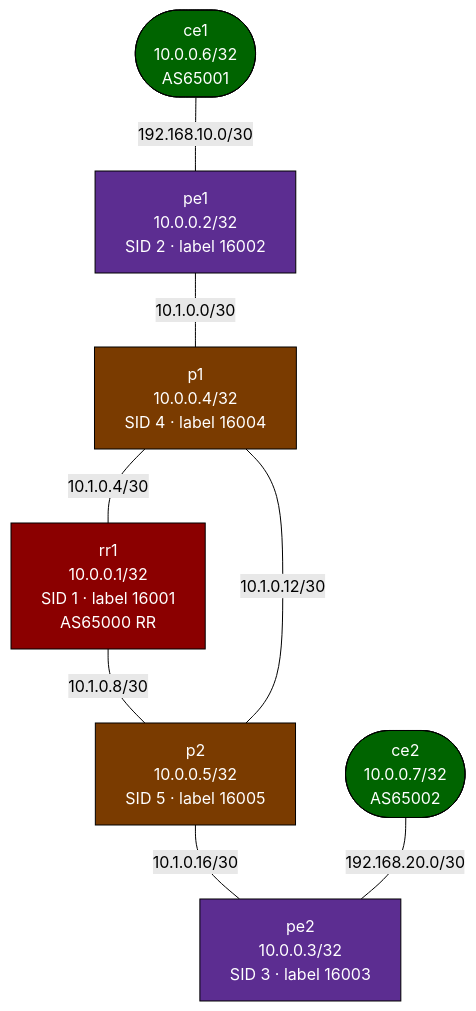
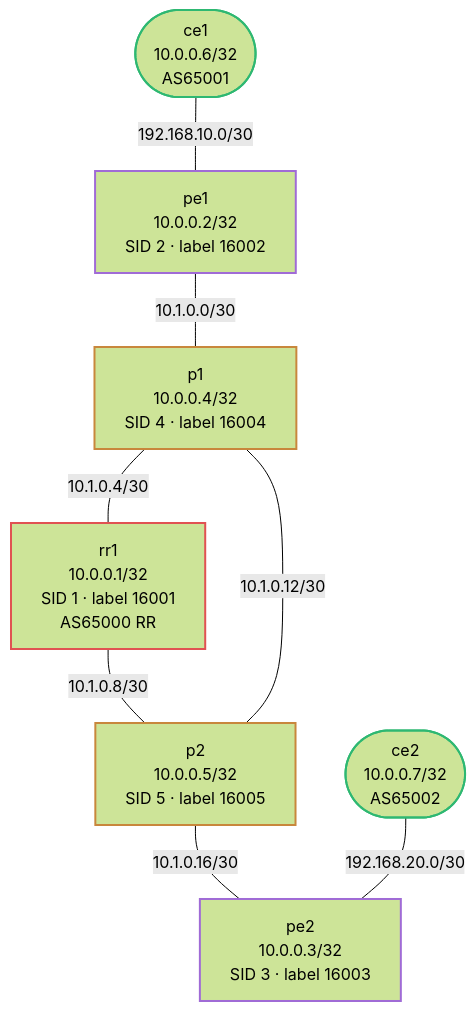
Before and after one commit to jschless/networkingLabs: the diagram in labs/debug-mpls-sr-isis-bgp/README.md, drawn with Mermaid (forest theme). The commit also changed 250 other files, not shown here.

Commit message:
Fix unreadable topology diagrams, convert ASCII art, publish assessments (#57)

````diff
--- a/labs/debug-mpls-sr-isis-bgp/README.md
+++ b/labs/debug-mpls-sr-isis-bgp/README.md
@@ -16,28 +16,28 @@
 ```mermaid
 flowchart TB
-    rr1["rr1\n10.0.0.1/32\nSID 1 · label 16001\nAS65000 RR"]
-    p1["p1\n10.0.0.4/32\nSID 4 · label 16004"]
-    p2["p2\n10.0.0.5/32\nSID 5 · label 16005"]
-    pe1["pe1\n10.0.0.2/32\nSID 2 · label 16002"]
-    pe2["pe2\n10.0.0.3/32\nSID 3 · label 16003"]
-    ce1(["ce1\n10.0.0.6/32\nAS65001"])
-    ce2(["ce2\n10.0.0.7/32\nAS65002"])
+    rr1["rr1<br/>10.0.0.1/32<br/>SID 1 · label 16001<br/>AS65000 RR"]
+    p1["p1<br/>10.0.0.4/32<br/>SID 4 · label 16004"]
+    p2["p2<br/>10.0.0.5/32<br/>SID 5 · label 16005"]
+    pe1["pe1<br/>10.0.0.2/32<br/>SID 2 · label 16002"]
+    pe2["pe2<br/>10.0.0.3/32<br/>SID 3 · label 16003"]
+    ce1(["ce1<br/>10.0.0.6/32<br/>AS65001"])
+    ce2(["ce2<br/>10.0.0.7/32<br/>AS65002"])
 
     p1 --- |"10.1.0.4/30"| rr1
     rr1 --- |"10.1.0.8/30"| p2
     p1 --- |"10.1.0.12/30"| p2
     pe1 --- |"10.1.0.0/30"| p1
     p2 --- |"10.1.0.16/30"| pe2
     ce1 --- |"192.168.10.0/30"| pe1
     ce2 --- |"192.168.20.0/30"| pe2
 
-    classDef pe     fill:#5c2d91,color:#fff,stroke:#000
-    classDef p      fill:#7a3b00,color:#fff,stroke:#000
-    classDef rr     fill:#8b0000,color:#fff,stroke:#000
-    classDef ce     fill:#006400,color:#fff,stroke:#000
+    classDef pe stroke:#a06bd6,stroke-width:2px
+    classDef p stroke:#c8873c,stroke-width:2px
+    classDef rr stroke:#e05252,stroke-width:2px
+    classDef ce stroke:#2eb872,stroke-width:2px
 
     class rr1 rr
     class p1,p2 p
     class pe1,pe2 pe
     class ce1,ce2 ce
 ```
````
